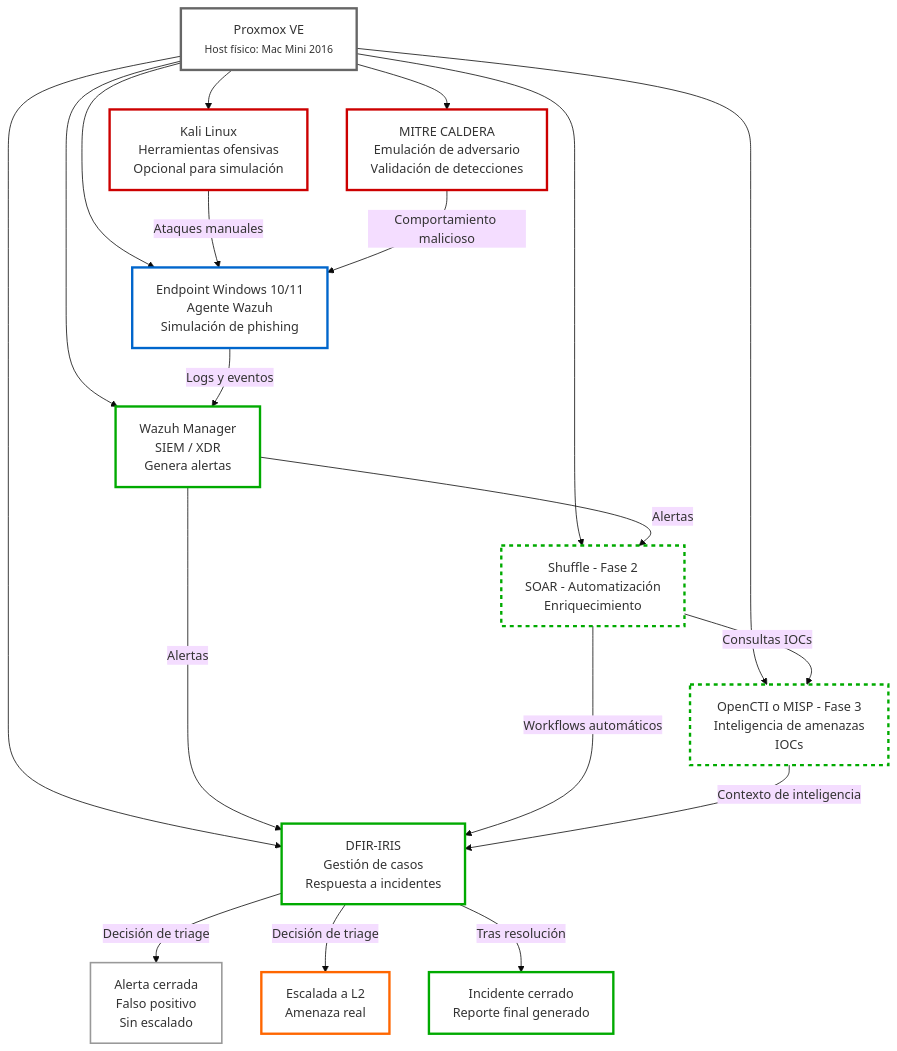
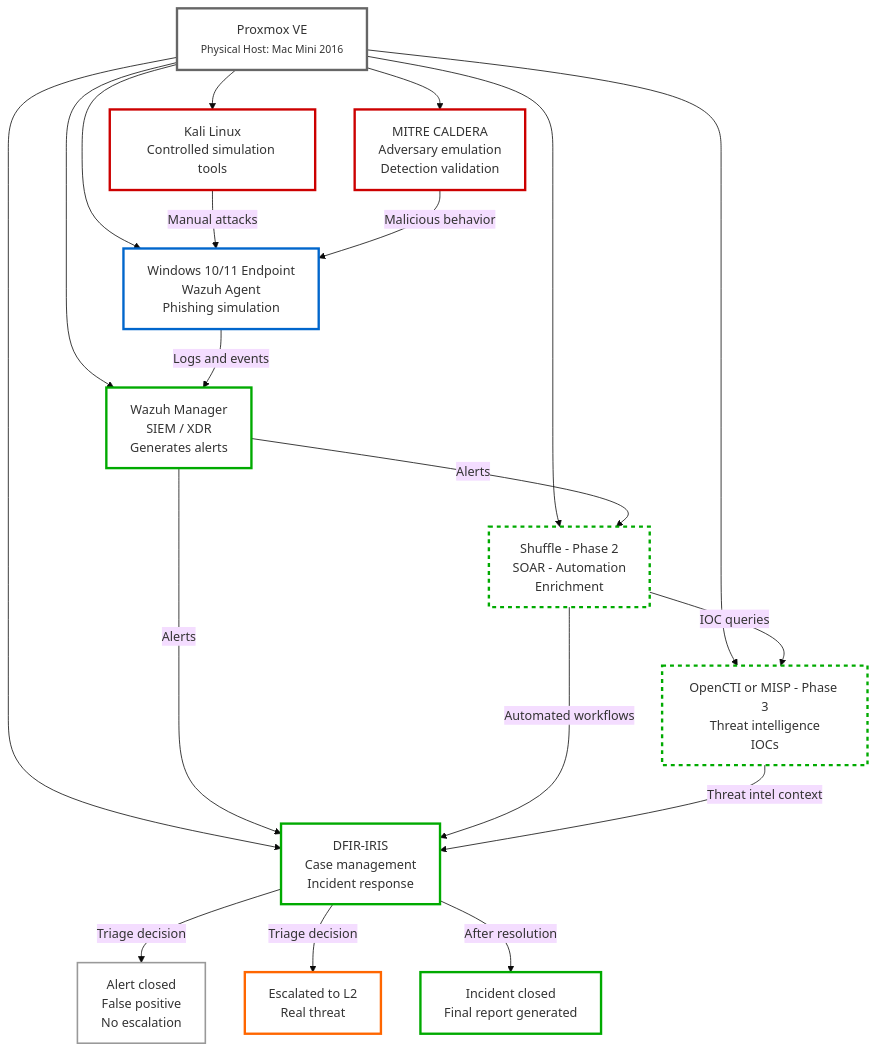
The second of 2 diagrams in README.md (moabdib2000/hybrid-soc-lab), drawn with Mermaid (base theme) before and after one commit. The commit also changed other lines of this file, not shown here.

````diff
--- a/README.md
+++ b/README.md
@@ -244,50 +215,50 @@
 ```mermaid
 graph TD
-    P[Proxmox VE<br/><small>Host físico: Mac Mini 2016</small>]
+    P[Proxmox VE<br/><small>Physical Host: Mac Mini 2016</small>]
 
-    W["Endpoint Windows 10/11<br>Agente Wazuh<br>Simulación de phishing"]
-    K["Kali Linux<br>Herramientas ofensivas<br>Opcional para simulación"]
-    C["MITRE CALDERA<br>Emulación de adversario<br>Validación de detecciones"]
-    WAZ["Wazuh Manager<br>SIEM / XDR<br>Genera alertas"]
-    IRIS["DFIR-IRIS<br>Gestión de casos<br>Respuesta a incidentes"]
-    SH["Shuffle - Fase 2<br>SOAR - Automatización<br>Enriquecimiento"]
-    TI["OpenCTI o MISP - Fase 3<br>Inteligencia de amenazas<br>IOCs"]
+    W["Windows 10/11 Endpoint<br>Wazuh Agent<br>Phishing simulation"]
+    K["Kali Linux<br>Controlled simulation tools<br>"]
+    C["MITRE CALDERA<br>Adversary emulation<br>Detection validation"]
+    WAZ["Wazuh Manager<br>SIEM / XDR<br>Generates alerts"]
+    IRIS["DFIR-IRIS<br>Case management<br>Incident response"]
+    SH["Shuffle - Phase 2<br>SOAR - Automation<br>Enrichment"]
+    TI["OpenCTI or MISP - Phase 3<br>Threat intelligence<br>IOCs"]
 
-    CLOSED["Alerta cerrada<br>Falso positivo<br>Sin escalado"]
-    ESCALATED["Escalada a L2<br>Amenaza real"]
-    REPORT["Incidente cerrado<br>Reporte final generado"]
+    CLOSED["Alert closed<br>False positive<br>No escalation"]
+    ESCALATED["Escalated to L2<br>Real threat"]
+    REPORT["Incident closed<br>Final report generated"]
 
     P --> W
     P --> K
     P --> C
     P --> WAZ
     P --> IRIS
     P --> SH
     P --> TI
 
-    W -->|Logs y eventos| WAZ
-    K -->|Ataques manuales| W
-    C -->|Comportamiento malicioso| W
-    WAZ -->|Alertas| IRIS
-    WAZ -->|Alertas| SH
-    SH -->|Workflows automáticos| IRIS
-    SH -->|Consultas IOCs| TI
-    TI -->|Contexto de inteligencia| IRIS
+    W -->|Logs and events| WAZ
+    K -->|Manual attacks| W
+    C -->|Malicious behavior| W
+    WAZ -->|Alerts| IRIS
+    WAZ -->|Alerts| SH
+    SH -->|Automated workflows| IRIS
+    SH -->|IOC queries| TI
+    TI -->|Threat intel context| IRIS
 
-    IRIS -->|Decisión de triage| CLOSED
-    IRIS -->|Decisión de triage| ESCALATED
-    IRIS -->|Tras resolución| REPORT
+    IRIS -->|Triage decision| CLOSED
+    IRIS -->|Triage decision| ESCALATED
+    IRIS -->|After resolution| REPORT
 
     style P stroke:#666,stroke-width:3px,fill:none
     style W stroke:#0066cc,stroke-width:3px,fill:none
     style K stroke:#cc0000,stroke-width:3px,fill:none
     style C stroke:#cc0000,stroke-width:3px,fill:none
     style WAZ stroke:#00aa00,stroke-width:3px,fill:none
     style IRIS stroke:#00aa00,stroke-width:3px,fill:none
     style SH stroke:#00aa00,stroke-width:3px,stroke-dasharray: 5 5,fill:none
     style TI stroke:#00aa00,stroke-width:3px,stroke-dasharray: 5 5,fill:none
     style CLOSED stroke:#999,stroke-width:2px,fill:none
     style ESCALATED stroke:#ff6600,stroke-width:3px,fill:none
     style REPORT stroke:#00aa00,stroke-width:3px,fill:none
 
 ```
````
